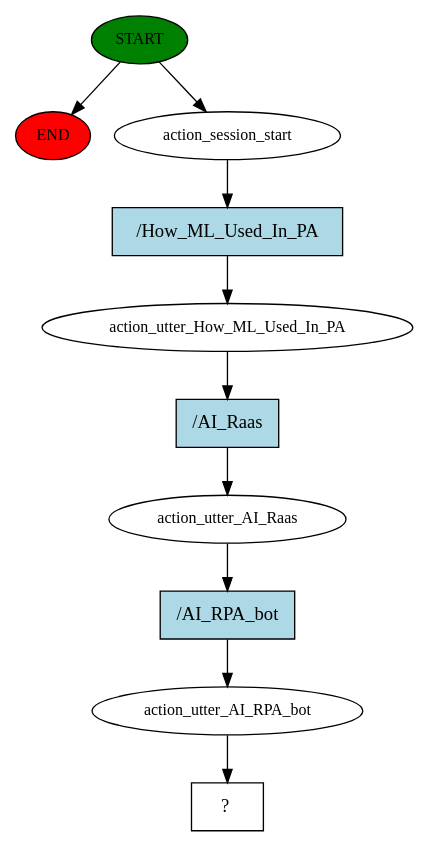
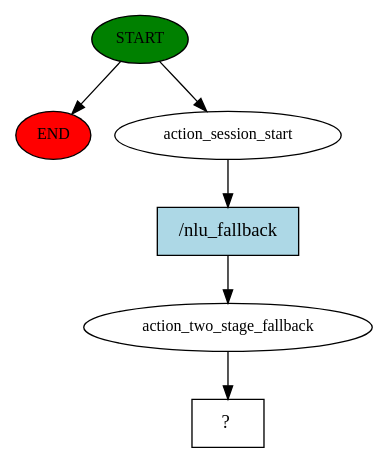
One commit to My-Rasa-Chatbots/chatbotExample-Rasa changed the diagram in story_graph.dot. Above: the diagram before and after it, drawn with Graphviz. The commit also changed 8 other files, not shown here.

```diff
--- a/story_graph.dot
+++ b/story_graph.dot
@@ -1,21 +1,13 @@
 digraph  {
 0 [class="start active", fillcolor=green, fontsize=12, label=START, style=filled];
 "-1" [class=end, fillcolor=red, fontsize=12, label=END, style=filled];
 1 [class=active, fontsize=12, label=action_session_start];
-2 [class=active, fontsize=12, label=action_utter_How_ML_Used_In_PA];
-3 [class=active, fontsize=12, label=action_utter_AI_Raas];
-4 [class=active, fontsize=12, label=action_utter_AI_RPA_bot];
-5 [class="intent dashed active", label="  ?  ", shape=rect];
-6 [class="intent active", fillcolor=lightblue, label="/How_ML_Used_In_PA", shape=rect, style=filled];
-7 [class="intent active", fillcolor=lightblue, label="/AI_Raas", shape=rect, style=filled];
-8 [class="intent active", fillcolor=lightblue, label="/AI_RPA_bot", shape=rect, style=filled];
+2 [class=active, fontsize=12, label=action_two_stage_fallback];
+3 [class="intent dashed active", label="  ?  ", shape=rect];
+4 [class="intent active", fillcolor=lightblue, label="/nlu_fallback", shape=rect, style=filled];
 0 -> "-1"  [class="", key=NONE, label=""];
 0 -> 1  [class=active, key=NONE, label=""];
-1 -> 6  [class=active, key=0];
-2 -> 7  [class=active, key=0];
-3 -> 8  [class=active, key=0];
-4 -> 5  [class=active, key=NONE, label=""];
-6 -> 2  [class=active, key=0];
-7 -> 3  [class=active, key=0];
-8 -> 4  [class=active, key=0];
+1 -> 4  [class=active, key=0];
+2 -> 3  [class=active, key=NONE, label=""];
+4 -> 2  [class=active, key=0];
 }
```
